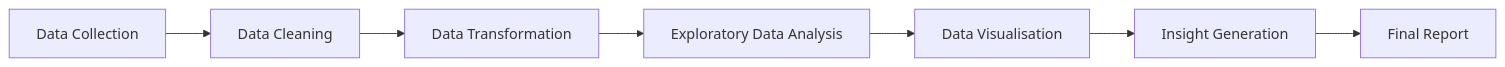
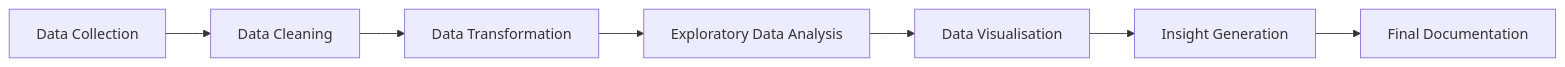
The diagram in README.md (belbinkbiju/DA_Final_Project), drawn with Mermaid before and after one commit. The commit also changed other lines of this file, not shown here.

First line of the commit message:
Revise README for final submission

````diff
--- a/README.md
+++ b/README.md
@@ -71,9 +88,9 @@
 ```mermaid
 flowchart LR
     A[Data Collection] --> B[Data Cleaning]
     B --> C[Data Transformation]
     C --> D[Exploratory Data Analysis]
     D --> E[Data Visualisation]
     E --> F[Insight Generation]
-    F --> G[Final Report]
+    F --> G[Final Documentation]
 ```
````
